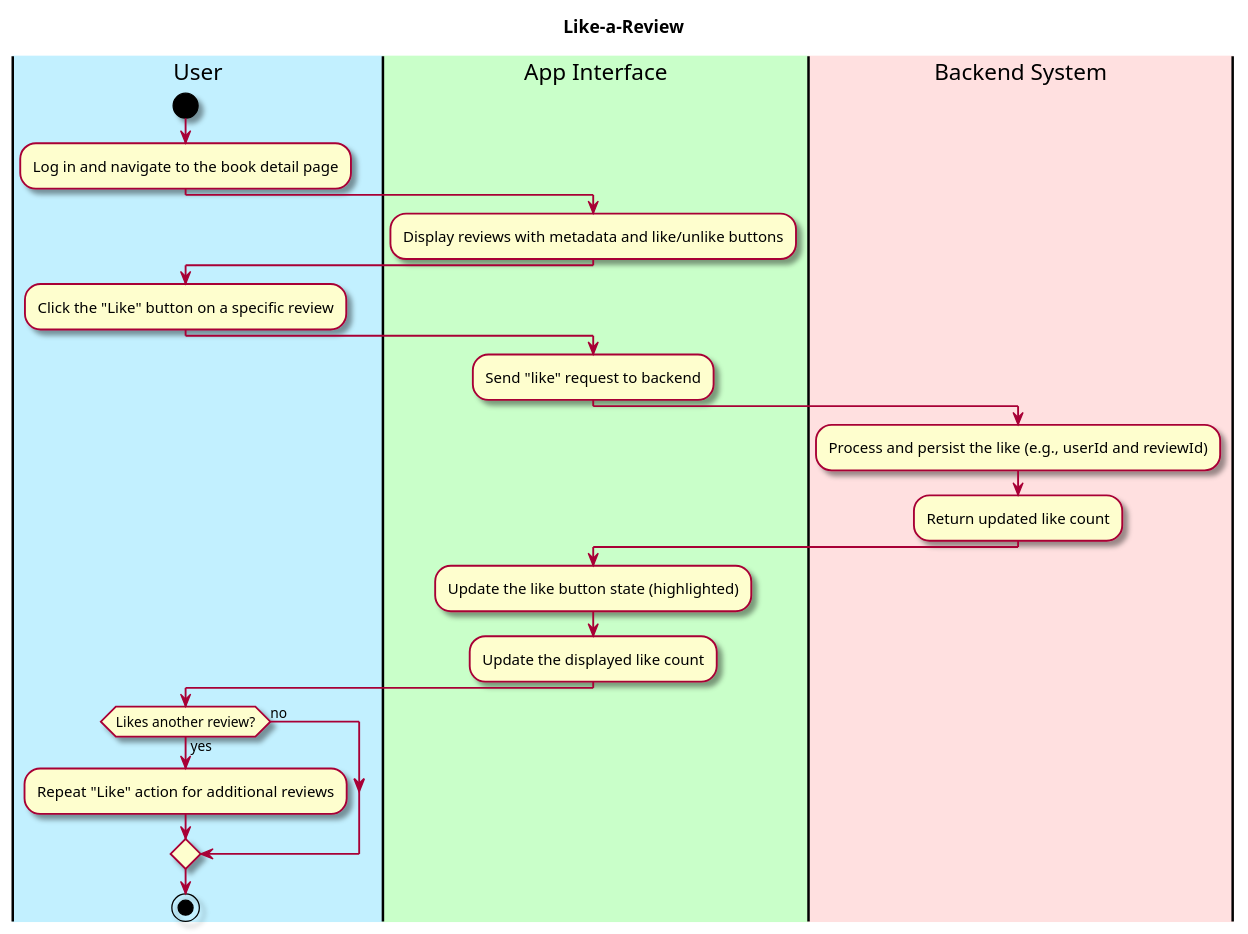
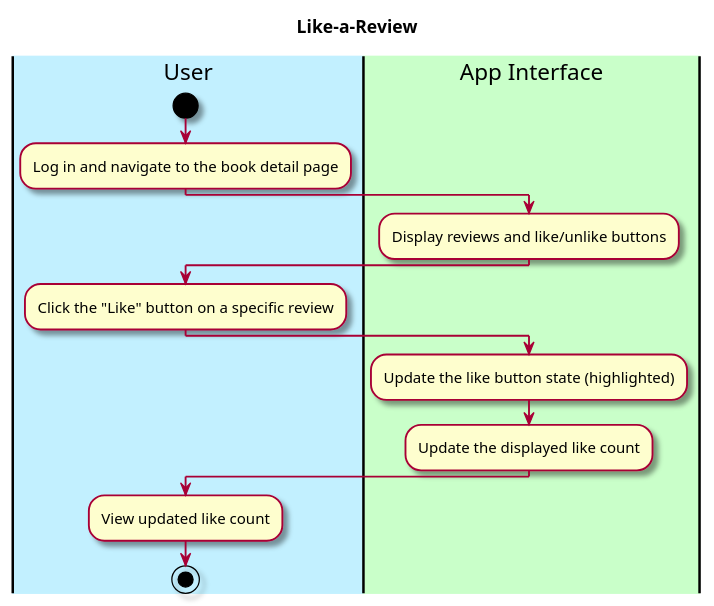
The diagram in intellij/doc/use-cases/like-a-review.md (Khurshid03/team-2b), drawn with PlantUML before and after one commit. The commit also changed 4 other files, not shown here.

Commit message:
Edited the use-case file, specifically workflow diagrams

````diff
--- a/intellij/doc/use-cases/like-a-review.md
+++ b/intellij/doc/use-cases/like-a-review.md
@@ -43,43 +43,36 @@
 ```plantuml
 @startuml
 
 skin rose
 
 title Like-a-Review
 
 |#application|User|
 |#technology|App Interface|
-|#Implementation|Backend System|
+
 
 |User|
 start
 :Log in and navigate to the book detail page;
 
 |App Interface|
-:Display reviews with metadata and like/unlike buttons;
+:Display reviews and like/unlike buttons;
 
 |User|
 :Click the "Like" button on a specific review;
 
 |App Interface|
-:Send "like" request to backend;
 
-|Backend System|
-:Process and persist the like (e.g., userId and reviewId);
-:Return updated like count;
 
 |App Interface|
 :Update the like button state (highlighted);
 :Update the displayed like count;
 
 |User|
-if (Likes another review?) then (yes)
-  :Repeat "Like" action for additional reviews;
-else (no)
-endif
+:View updated like count;
 
 stop
 
 @enduml
 
 ```
````
